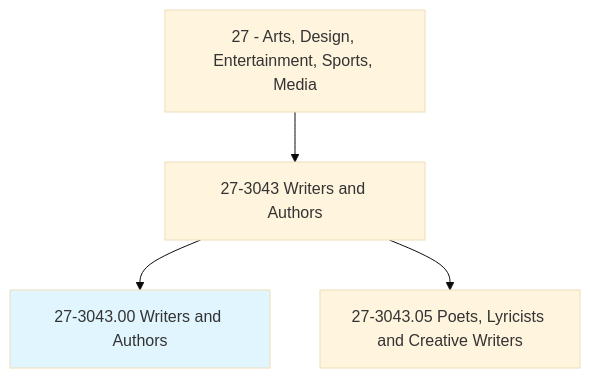
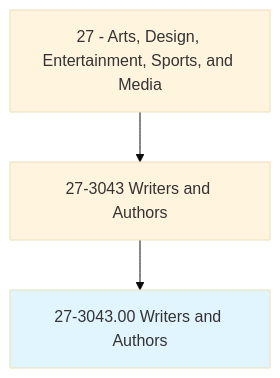
Before and after one commit to kziemski/business.org.ai: the first of 4 diagrams in occupations/ArtsMedia/WritersAndAuthors.mdx, drawn with Mermaid (base theme). The commit also changed other lines of this file and 938 other files, not shown here.

````diff
--- a/occupations/ArtsMedia/WritersAndAuthors.mdx
+++ b/occupations/ArtsMedia/WritersAndAuthors.mdx
@@ -19,7 +23,6 @@
 ```mermaid
 graph TD
-    Cat27["27 - Arts, Design, Entertainment, Sports, Media"] --> Group273043["27-3043 Writers and Authors"]
+    Cat27["27 - Arts, Design, Entertainment, Sports, and Media"] --> Group273043["27-3043 Writers and Authors"]
     Group273043 --> Current["27-3043.00 Writers and Authors"]
     style Current fill:#e1f5fe
-    Group273043 --> V27304305["27-3043.05 Poets, Lyricists and Creative Writers"]
 ```
````
